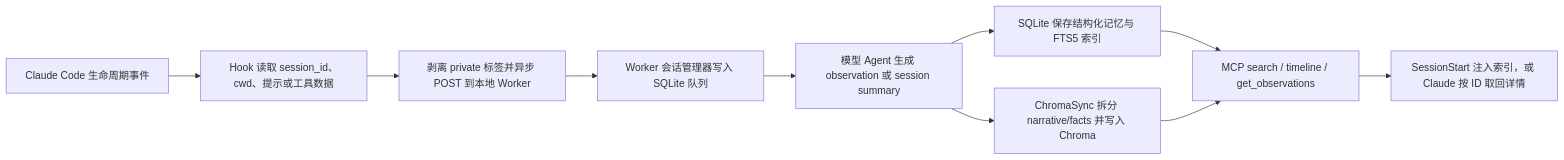
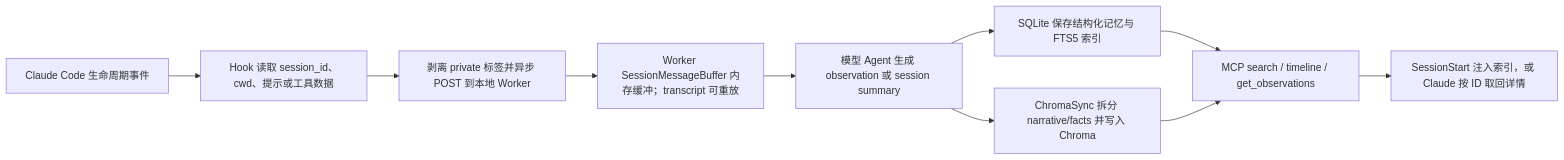
The diagram in content/AI/开发会话与Memory/个人会话收集/claude-mem：面向 Claude Code 的本地会话记忆与压缩检索.md (Fotally/fotally.github.io), drawn with Mermaid before and after one commit. The commit also changed other lines of this file and 27 other files, not shown here.

````diff
--- a/content/AI/开发会话与Memory/个人会话收集/claude-mem：面向 Claude Code 的本地会话记忆与压缩检索.md
+++ b/content/AI/开发会话与Memory/个人会话收集/claude-mem：面向 Claude Code 的本地会话记忆与压缩检索.md
@@ -57,12 +67,12 @@
 ```mermaid
 flowchart LR
   A[Claude Code 生命周期事件] --> B[Hook 读取 session_id、cwd、提示或工具数据]
   B --> C[剥离 private 标签并异步 POST 到本地 Worker]
-  C --> D[Worker 会话管理器写入 SQLite 队列]
+  C --> D[Worker SessionMessageBuffer 内存缓冲；transcript 可重放]
   D --> E[模型 Agent 生成 observation 或 session summary]
   E --> F[SQLite 保存结构化记忆与 FTS5 索引]
   E --> G[ChromaSync 拆分 narrative/facts 并写入 Chroma]
   F --> H[MCP search / timeline / get_observations]
   G --> H
   H --> I[SessionStart 注入索引，或 Claude 按 ID 取回详情]
 ```
````
